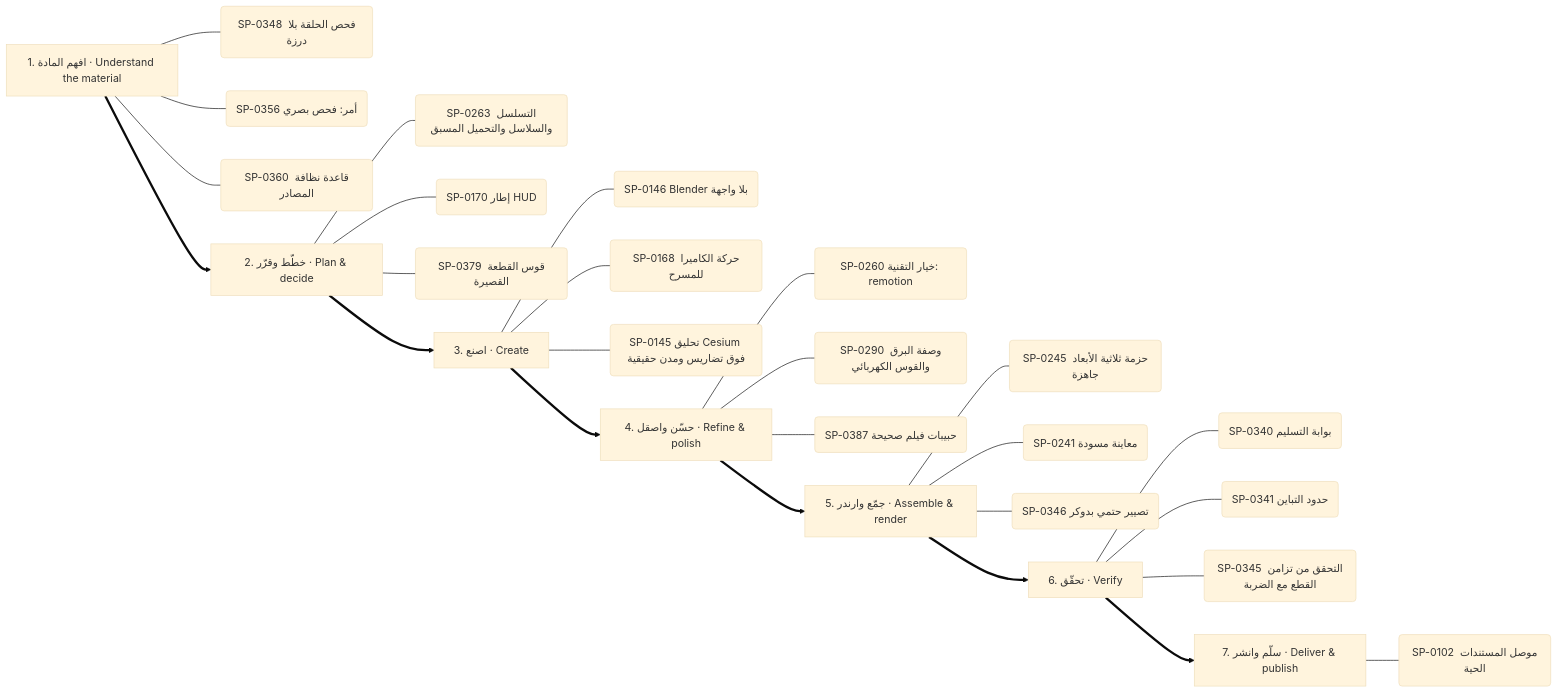
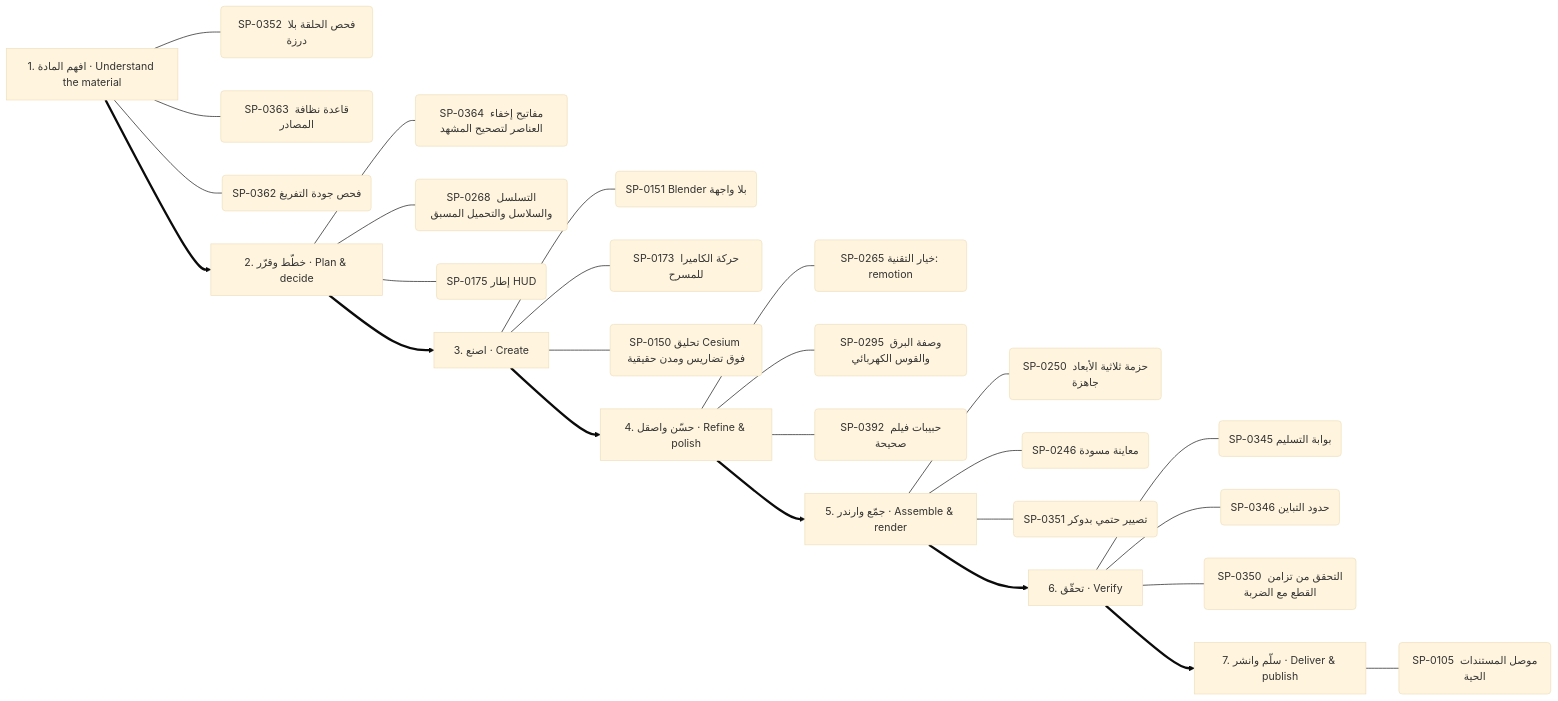
Before and after one commit to kosif199022-jpg/kosif-tool: the eighth of 13 diagrams in .claude/skills/kosif-superpowers/references/capability-mindmap.md, drawn with Mermaid (base theme). The commit also changed other lines of this file and 376 other files, not shown here.

````diff
--- a/.claude/skills/kosif-superpowers/references/capability-mindmap.md
+++ b/.claude/skills/kosif-superpowers/references/capability-mindmap.md
@@ -407,35 +411,35 @@
 ```mermaid
 flowchart LR
   S0["1. افهم المادة · Understand the material"]
-  S0 --- S0_0("SP-0348 فحص الحلقة بلا درزة")
-  S0 --- S0_1("SP-0356 أمر: فحص بصري")
-  S0 --- S0_2("SP-0360 قاعدة نظافة المصادر")
+  S0 --- S0_0("SP-0352 فحص الحلقة بلا درزة")
+  S0 --- S0_1("SP-0363 قاعدة نظافة المصادر")
+  S0 --- S0_2("SP-0362 فحص جودة التفريغ")
   S1["2. خطّط وقرّر · Plan & decide"]
-  S1 --- S1_0("SP-0263 التسلسل والسلاسل والتحميل المسبق")
-  S1 --- S1_1("SP-0170 إطار HUD")
-  S1 --- S1_2("SP-0379 قوس القطعة القصيرة")
+  S1 --- S1_0("SP-0364 مفاتيح إخفاء العناصر لتصحيح المشهد")
+  S1 --- S1_1("SP-0268 التسلسل والسلاسل والتحميل المسبق")
+  S1 --- S1_2("SP-0175 إطار HUD")
   S0 ==> S1
   S2["3. اصنع · Create"]
-  S2 --- S2_0("SP-0146 Blender بلا واجهة")
-  S2 --- S2_1("SP-0168 حركة الكاميرا للمسرح")
-  S2 --- S2_2("SP-0145 تحليق Cesium فوق تضاريس ومدن حقيقية")
+  S2 --- S2_0("SP-0151 Blender بلا واجهة")
+  S2 --- S2_1("SP-0173 حركة الكاميرا للمسرح")
+  S2 --- S2_2("SP-0150 تحليق Cesium فوق تضاريس ومدن حقيقية")
   S1 ==> S2
   S3["4. حسّن واصقل · Refine & polish"]
-  S3 --- S3_0("SP-0260 خيار التقنية: remotion")
-  S3 --- S3_1("SP-0290 وصفة البرق والقوس الكهربائي")
-  S3 --- S3_2("SP-0387 حبيبات فيلم صحيحة")
+  S3 --- S3_0("SP-0265 خيار التقنية: remotion")
+  S3 --- S3_1("SP-0295 وصفة البرق والقوس الكهربائي")
+  S3 --- S3_2("SP-0392 حبيبات فيلم صحيحة")
   S2 ==> S3
   S4["5. جمّع وارندر · Assemble & render"]
-  S4 --- S4_0("SP-0245 حزمة ثلاثية الأبعاد جاهزة")
-  S4 --- S4_1("SP-0241 معاينة مسودة")
-  S4 --- S4_2("SP-0346 تصيير حتمي بدوكر")
+  S4 --- S4_0("SP-0250 حزمة ثلاثية الأبعاد جاهزة")
+  S4 --- S4_1("SP-0246 معاينة مسودة")
+  S4 --- S4_2("SP-0351 تصيير حتمي بدوكر")
   S3 ==> S4
   S5["6. تحقّق · Verify"]
-  S5 --- S5_0("SP-0340 بوابة التسليم")
-  S5 --- S5_1("SP-0341 حدود التباين")
-  S5 --- S5_2("SP-0345 التحقق من تزامن القطع مع الضربة")
+  S5 --- S5_0("SP-0345 بوابة التسليم")
+  S5 --- S5_1("SP-0346 حدود التباين")
+  S5 --- S5_2("SP-0350 التحقق من تزامن القطع مع الضربة")
   S4 ==> S5
   S6["7. سلّم وانشر · Deliver & publish"]
-  S6 --- S6_0("SP-0102 موصل المستندات الحية")
+  S6 --- S6_0("SP-0105 موصل المستندات الحية")
   S5 ==> S6
 ```
````
